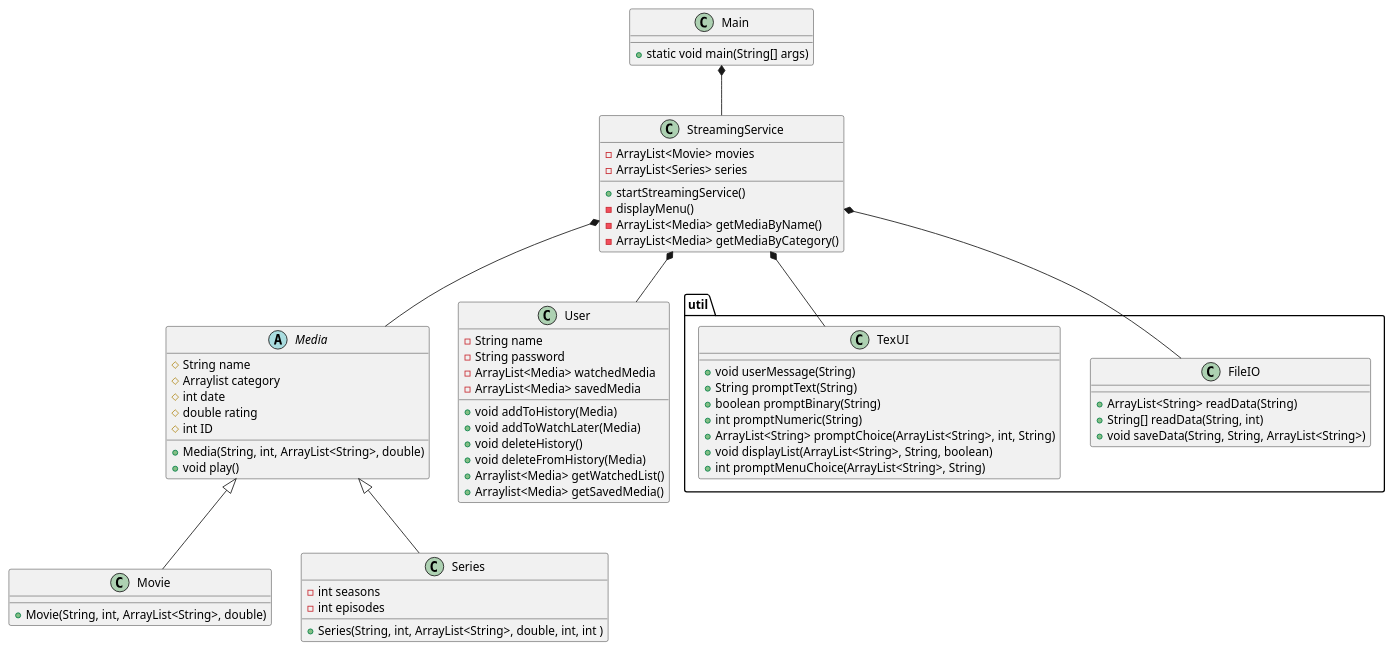
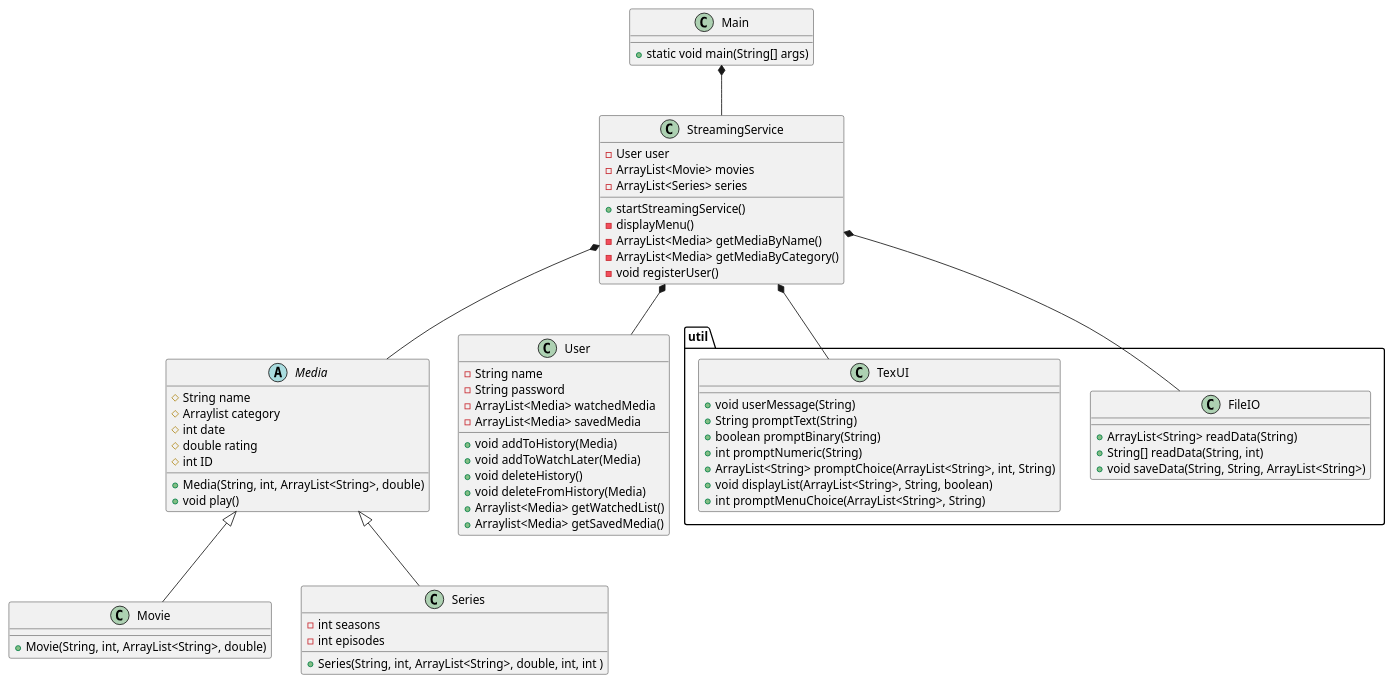
Before and after one commit to Studiegruppe-B/SP3-Streamingtjeneste: the diagram in doc/static/classDiagram.puml, drawn with PlantUML.

Commit message:
tilføjelse af user og registerUser i StreamingService

```diff
--- a/doc/static/classDiagram.puml
+++ b/doc/static/classDiagram.puml
@@ -1,79 +1,81 @@
 @startuml
 class Main{
 + static void main(String[] args)
 
 }
 
 class StreamingService{
+- User user
 - ArrayList<Movie> movies
 - ArrayList<Series> series
 + startStreamingService()
 - displayMenu()
 - ArrayList<Media> getMediaByName()
 - ArrayList<Media> getMediaByCategory()
+- void registerUser()
 }
 
 
 
 
 abstract class Media{
 # String name
 # Arraylist category
 # int date
 # double rating
 # int ID
 + Media(String, int, ArrayList<String>, double)
 + void play()
 
 }
 
 class Movie{
 + Movie(String, int, ArrayList<String>, double)
 }
 
 class Series{
 + Series(String, int, ArrayList<String>, double, int, int )
 - int seasons
 - int episodes
 }
 
 class User{
 - String name
 - String password
 - ArrayList<Media> watchedMedia
 - ArrayList<Media> savedMedia
 + void addToHistory(Media)
 + void addToWatchLater(Media)
 + void deleteHistory()
 + void deleteFromHistory(Media)
 + Arraylist<Media> getWatchedList()
 + Arraylist<Media> getSavedMedia()
 }
 
 package "util"{
 static class FileIO{
 + ArrayList<String> readData(String)
 + String[] readData(String, int)
 + void saveData(String, String, ArrayList<String>)
 }
 
 static class TexUI{
 + void userMessage(String)
 + String promptText(String)
 + boolean promptBinary(String)
 + int promptNumeric(String)
 + ArrayList<String> promptChoice(ArrayList<String>, int, String)
 + void displayList(ArrayList<String>, String, boolean)
 + int promptMenuChoice(ArrayList<String>, String)
 
 }
 }
 
 Main *-- StreamingService
 StreamingService *-- Media
 StreamingService *-- FileIO
 StreamingService *-- TexUI
 StreamingService *-- User
 Media <|-- Movie
 Media <|-- Series
 @enduml
```
